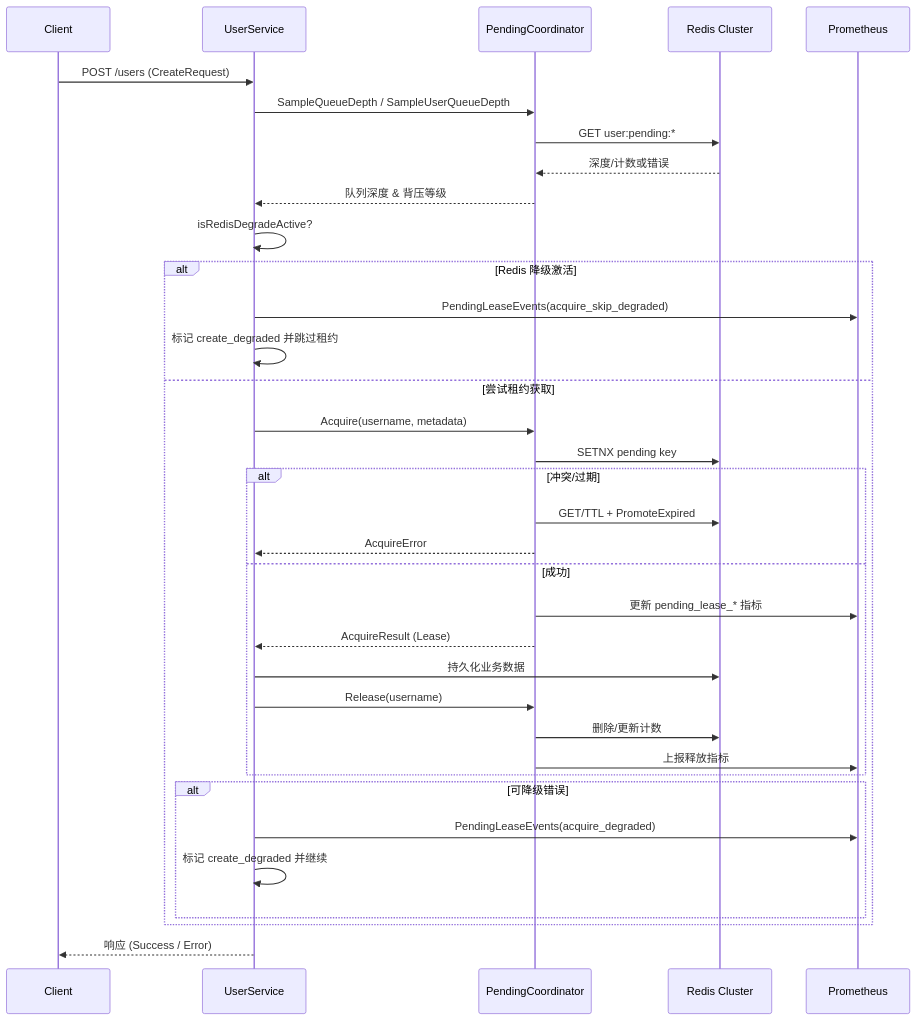
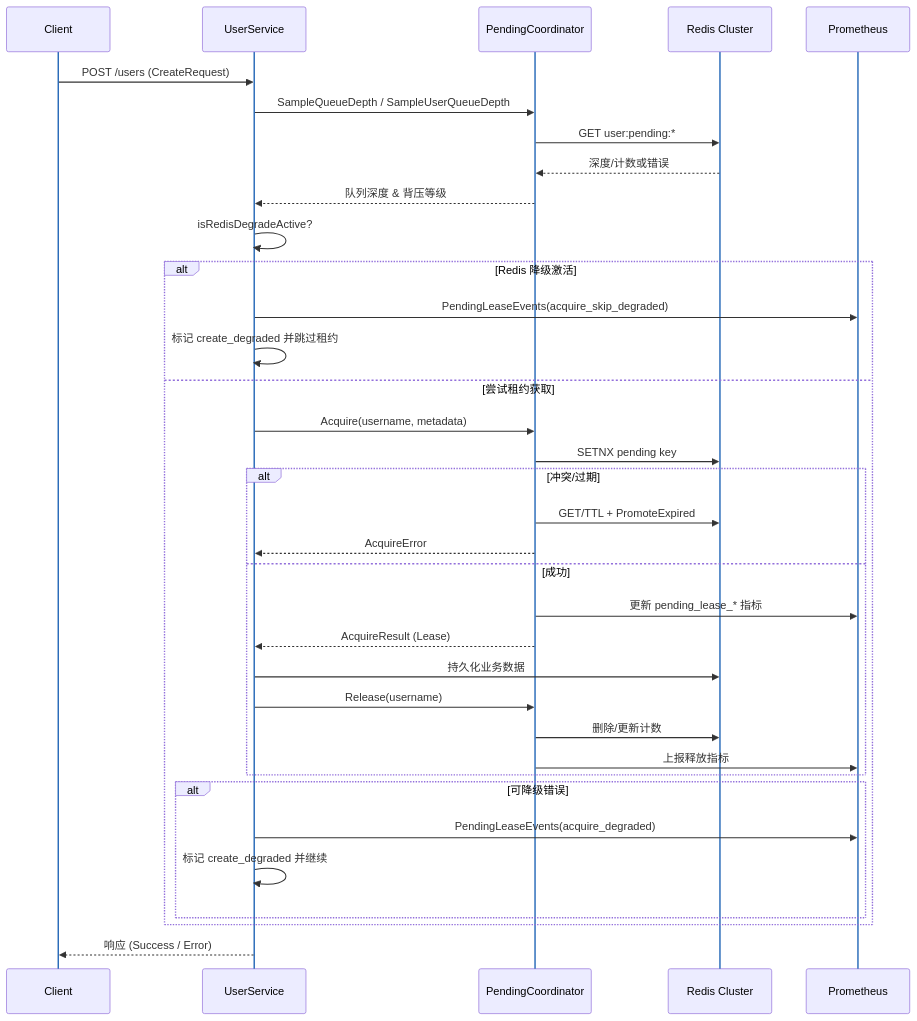
Before and after one commit to maxiaolu197102/cdmp-mini: the seventh of 11 diagrams in doc/create_api_analysis.md, drawn with Mermaid. The commit also changed other lines of this file and 32 other files, not shown here.

````diff
--- a/doc/create_api_analysis.md
+++ b/doc/create_api_analysis.md
@@ -292,38 +364,39 @@
 ```mermaid
+%%{init: {'themeVariables': {'lineColor': '#1E63B5', 'actorLineColor': '#1E63B5', 'sequenceNumberColor': '#1E63B5', 'lineWidth': 3}}}%%
 sequenceDiagram
     participant Client
     participant API as UserService
     participant Coordinator as PendingCoordinator
     participant Redis as Redis Cluster
     participant Metrics as Prometheus
 
     Client->>API: POST /users (CreateRequest)
     API->>Coordinator: SampleQueueDepth / SampleUserQueueDepth
     Coordinator->>Redis: GET user:pending:*
     Redis-->>Coordinator: 深度/计数或错误
     Coordinator-->>API: 队列深度 & 背压等级
     API->>API: isRedisDegradeActive?
     alt Redis 降级激活
         API->>Metrics: PendingLeaseEvents(acquire_skip_degraded)
         API->>API: 标记 create_degraded 并跳过租约
     else 尝试租约获取
         API->>Coordinator: Acquire(username, metadata)
         Coordinator->>Redis: SETNX pending key
         alt 冲突/过期
             Coordinator->>Redis: GET/TTL + PromoteExpired
             Coordinator-->>API: AcquireError
         else 成功
             Coordinator->>Metrics: 更新 pending_lease_* 指标
             Coordinator-->>API: AcquireResult (Lease)
             API->>Redis: 持久化业务数据
             API->>Coordinator: Release(username)
             Coordinator->>Redis: 删除/更新计数
             Coordinator->>Metrics: 上报释放指标
         end
         alt 可降级错误
             API->>Metrics: PendingLeaseEvents(acquire_degraded)
             API->>API: 标记 create_degraded 并继续
         end
     end
     API-->>Client: 响应 (Success / Error)
 ```
````
